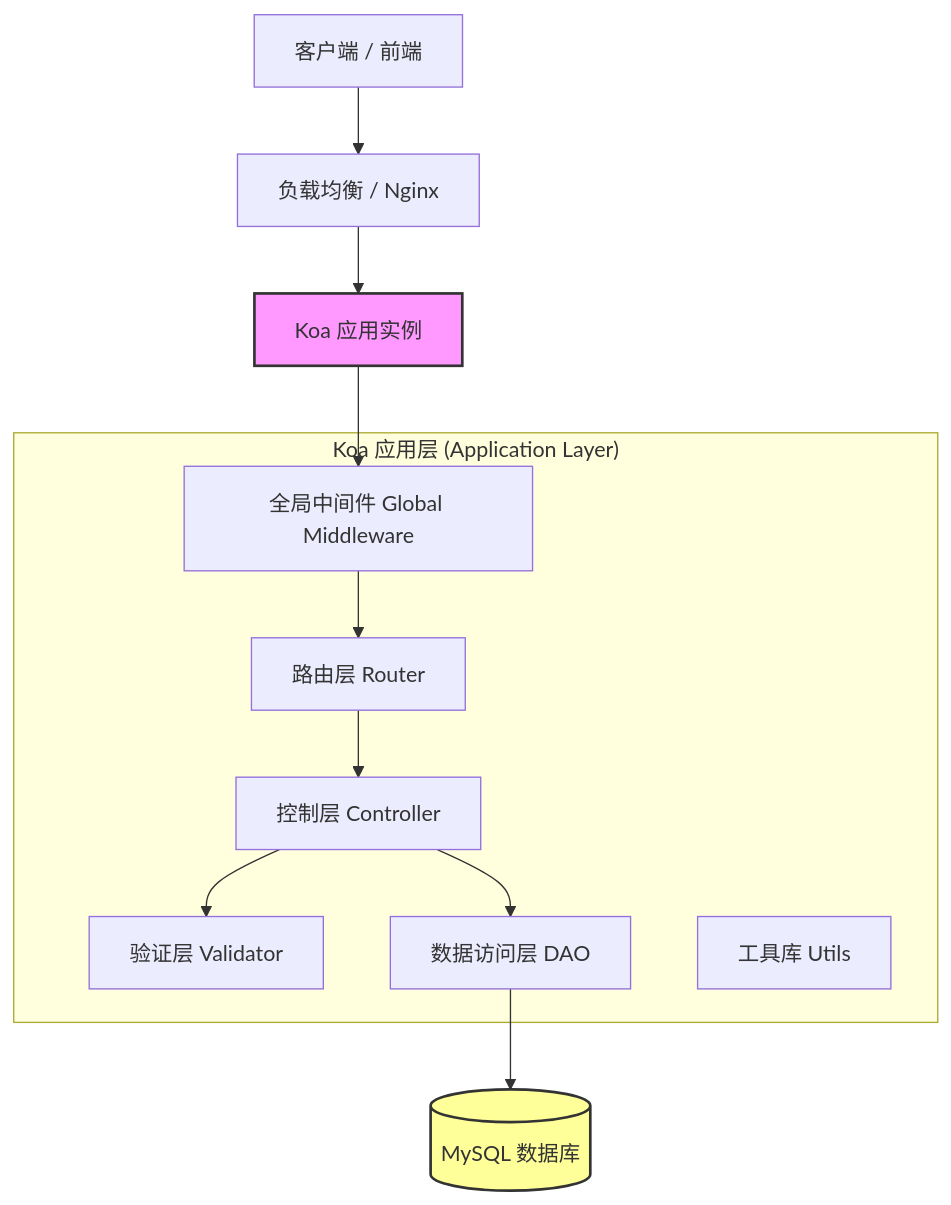
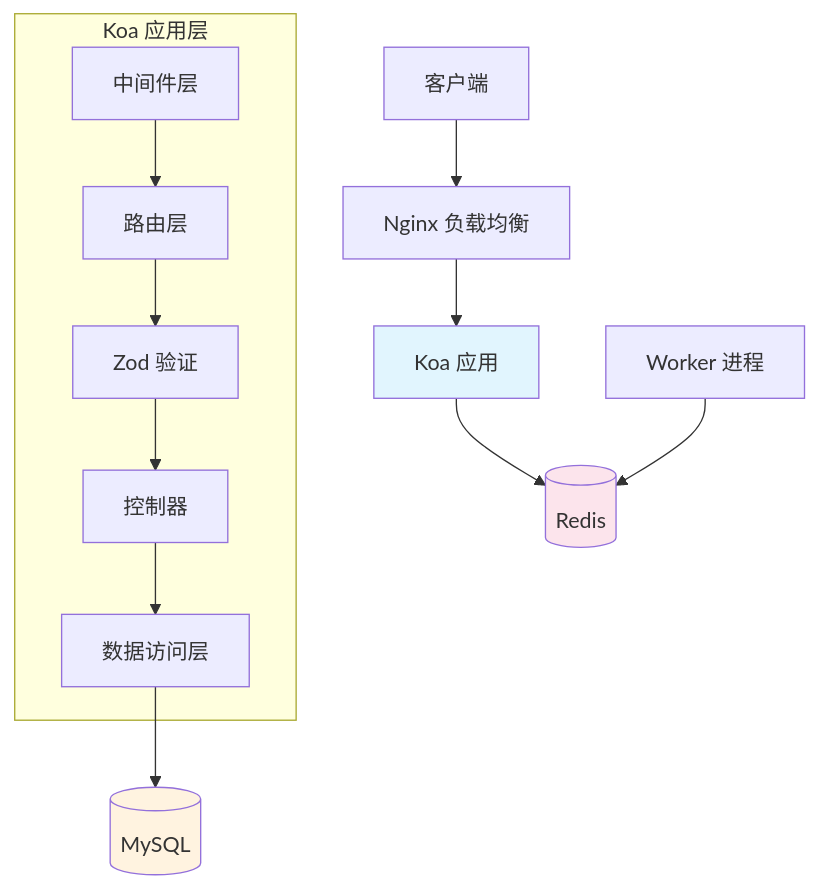
One commit to sincely/koa-app-template changed the first of 2 diagrams in ARCHITECTURE.md. Above: the diagram before and after it, drawn with Mermaid. The commit also changed other lines of this file and 13 other files, not shown here.

````diff
--- a/ARCHITECTURE.md
+++ b/ARCHITECTURE.md
@@ -18,24 +69,20 @@
 ```mermaid
 graph TD
-    Client[客户端 / 前端] --> LB[负载均衡 / Nginx]
-    LB --> App[Koa 应用实例]
+    Client[客户端] --> Nginx[Nginx 负载均衡]
+    Nginx --> App[Koa 应用]
 
-    subgraph "Koa 应用层 (Application Layer)"
-        Middleware[全局中间件 Global Middleware]
-        Router[路由层 Router]
-        Controller[控制层 Controller]
-        Validator[验证层 Validator]
-        DAO[数据访问层 DAO]
-        Utils[工具库 Utils]
+    subgraph "Koa 应用层"
+        MW[中间件层] --> Router[路由层]
+        Router --> Valid[Zod 验证]
+        Valid --> Ctrl[控制器]
+        Ctrl --> DAO[数据访问层]
     end
 
-    App --> Middleware
-    Middleware --> Router
-    Router --> Controller
-    Controller --> Validator
-    Controller --> DAO
-    DAO --> DB[(MySQL 数据库)]
+    DAO --> DB[(MySQL)]
+    App --> Redis[(Redis)]
+    Worker[Worker 进程] --> Redis
 
-    style App fill:#f9f,stroke:#333,stroke-width:2px
-    style DB fill:#ff9,stroke:#333,stroke-width:2px
+    style App fill:#e1f5fe
+    style DB fill:#fff3e0
+    style Redis fill:#fce4ec
 ```
````
